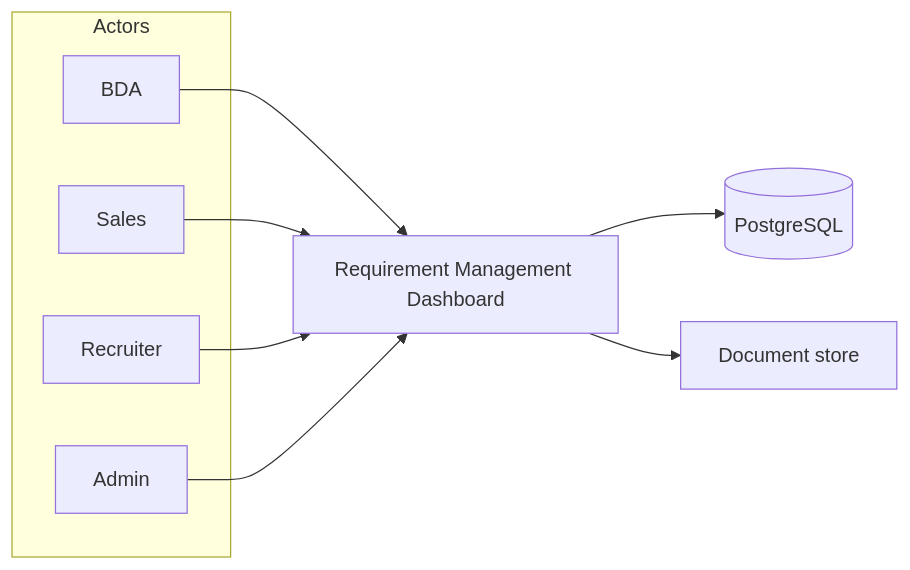
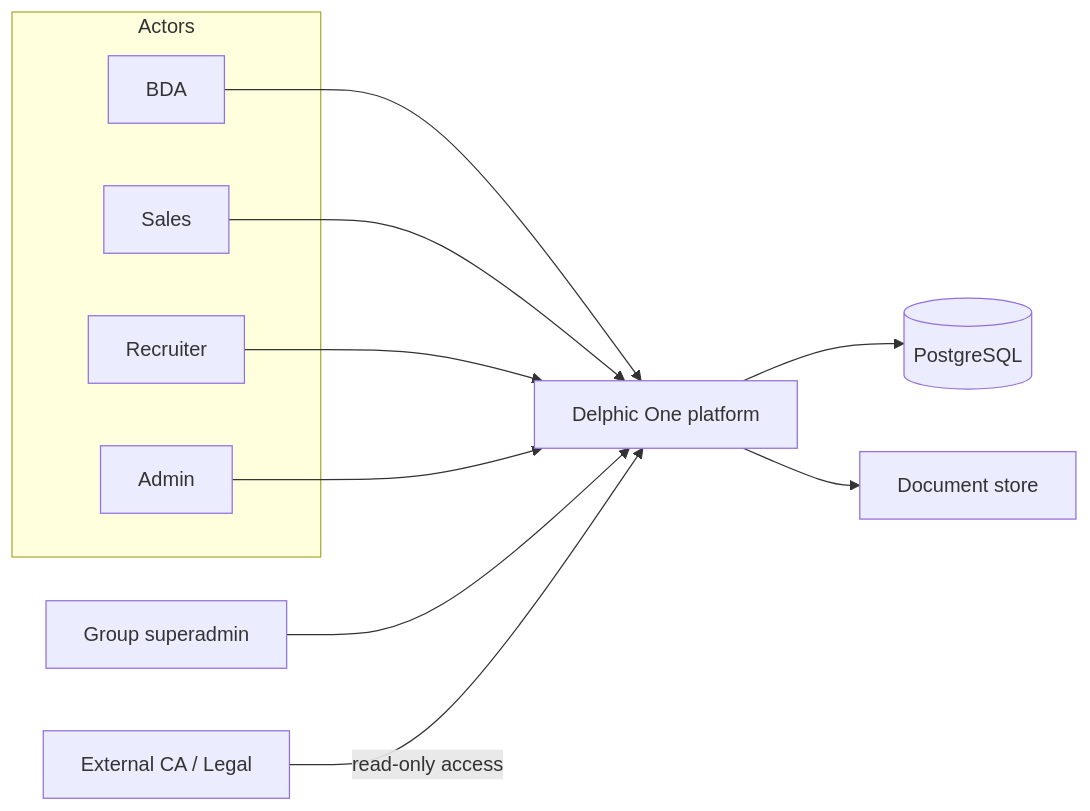
One commit to radheshDelphic12/delphic-one-new changed the first of 13 diagrams in README.md. Above: the diagram before and after it, drawn with Mermaid. The commit also changed other lines of this file, not shown here.

````diff
--- a/README.md
+++ b/README.md
@@ -86,19 +97,24 @@
 ```mermaid
 flowchart LR
   subgraph Actors
     BDA[BDA]
     Sales[Sales]
     Rec[Recruiter]
     Admin[Admin]
   end
 
-  RMD[Requirement Management Dashboard]
+  GSA[Group superadmin]
+  Ext[External CA / Legal]
+
+  RMD[Delphic One platform]
 
   BDA --> RMD
   Sales --> RMD
   Rec --> RMD
   Admin --> RMD
+  GSA --> RMD
+  Ext -->|read-only access| RMD
 
   RMD --> PG[(PostgreSQL)]
   RMD --> Files[Document store]
 ```
````
